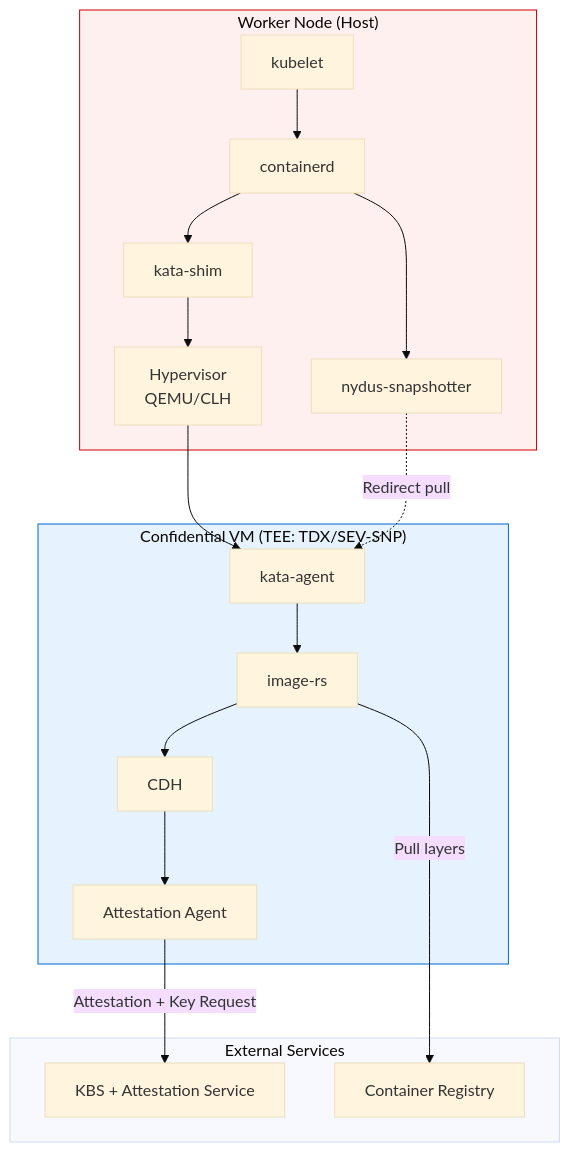
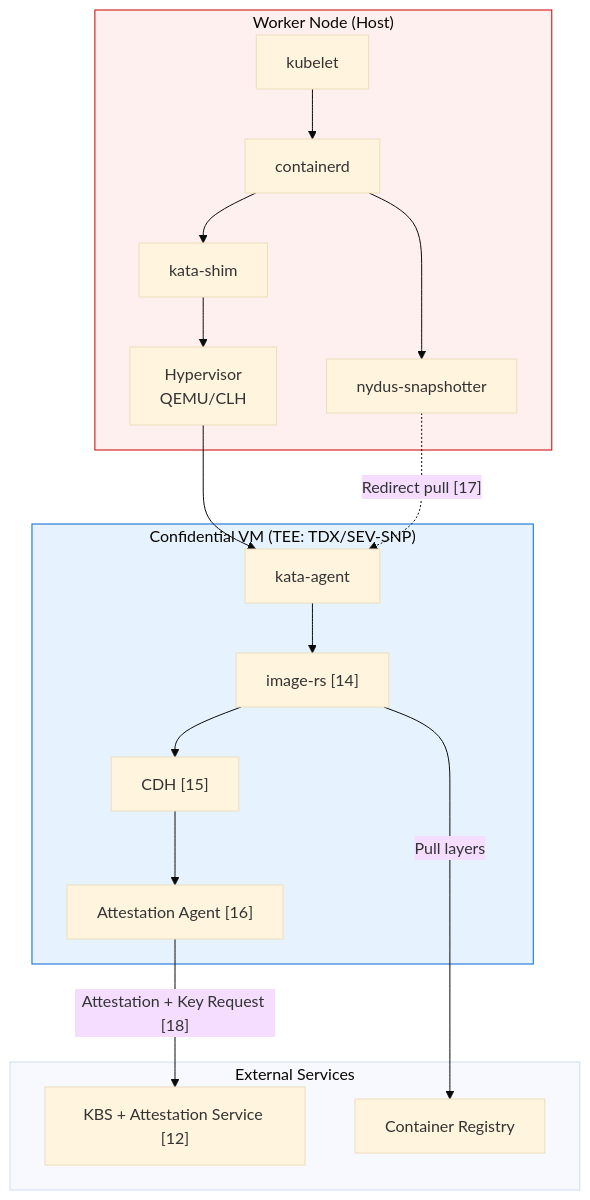
The fifth of 14 diagrams in PROPOSAL.md (scontain/encrypted_container_images), drawn with Mermaid (base theme) before and after one commit. The commit also changed other lines of this file, not shown here.

````diff
--- a/PROPOSAL.md
+++ b/PROPOSAL.md
@@ -226,39 +233,39 @@
 ```mermaid
 flowchart TB
     subgraph Host["Worker Node (Host)"]
         K[kubelet]
         C[containerd]
         KS[kata-shim]
         NS[nydus-snapshotter]
         HV[Hypervisor<br/>QEMU/CLH]
     end
     
     subgraph TEE["Confidential VM (TEE: TDX/SEV-SNP)"]
         KA[kata-agent]
-        IR[image-rs]
-        CDH[CDH]
-        AA[Attestation Agent]
+        IR["image-rs [14]"]
+        CDH["CDH [15]"]
+        AA["Attestation Agent [16]"]
     end
     
     subgraph External["External Services"]
-        KBS[KBS + Attestation Service]
+        KBS["KBS + Attestation Service [12]"]
         REG[Container Registry]
     end
     
     K --> C
     C --> KS
     C --> NS
     KS --> HV
     HV --> KA
-    NS -.->|"Redirect pull"| KA
+    NS -.->|"Redirect pull [17]"| KA
     
     KA --> IR
     IR --> CDH
     CDH --> AA
     
     IR -->|"Pull layers"| REG
-    AA -->|"Attestation + Key Request"| KBS
+    AA -->|"Attestation + Key Request [18]"| KBS
     
     style TEE fill:#E6F3FF,stroke:#0066CC
     style Host fill:#FFF0F0,stroke:#CC0000
 ```
````
